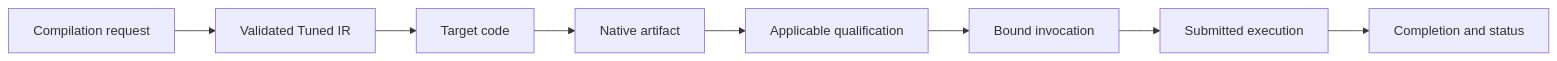
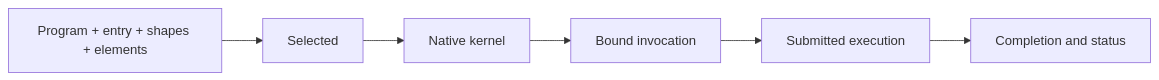
One commit to magnitudedev/magnitude changed the diagram in inference-v4/docs/seismic/runtime.md. Above: the diagram before and after it, drawn with Mermaid. The commit also changed other lines of this file and 364 other files, not shown here.

````diff
--- a/inference-v4/docs/seismic/runtime.md
+++ b/inference-v4/docs/seismic/runtime.md
@@ -32,10 +41,8 @@
 ```mermaid
 flowchart LR
-    R[Compilation request] --> T[Validated Tuned IR]
-    T --> C[Target code]
-    C --> N[Native artifact]
-    N --> Q[Applicable qualification]
-    Q --> B[Bound invocation]
+    P[Program + entry + shapes + elements] --> S[Selected]
+    S --> N[Native kernel]
+    N --> B[Bound invocation]
     B --> X[Submitted execution]
     X --> D[Completion and status]
 ```
````
